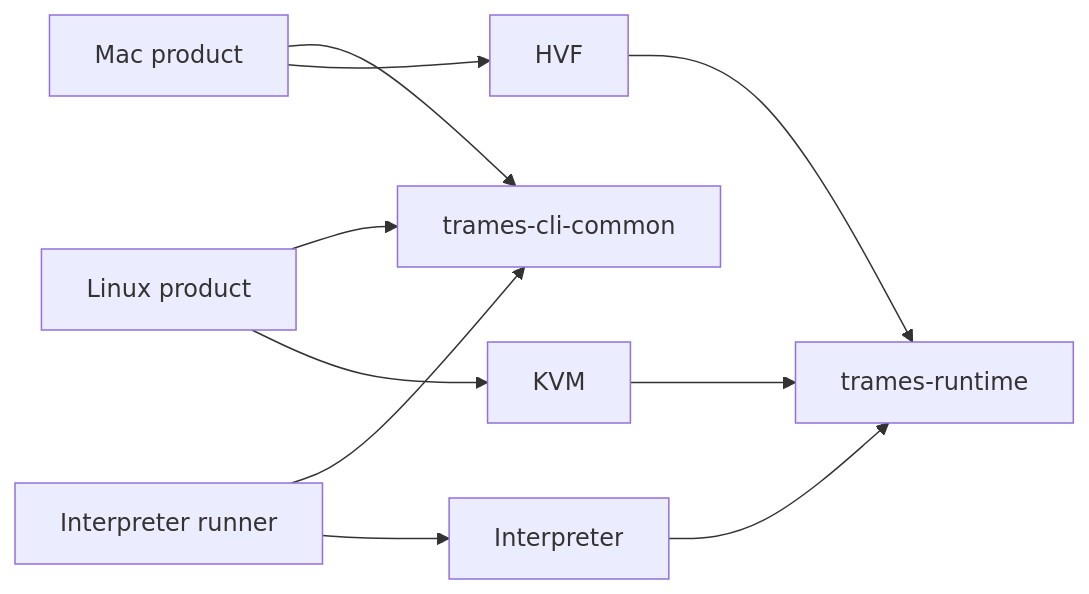
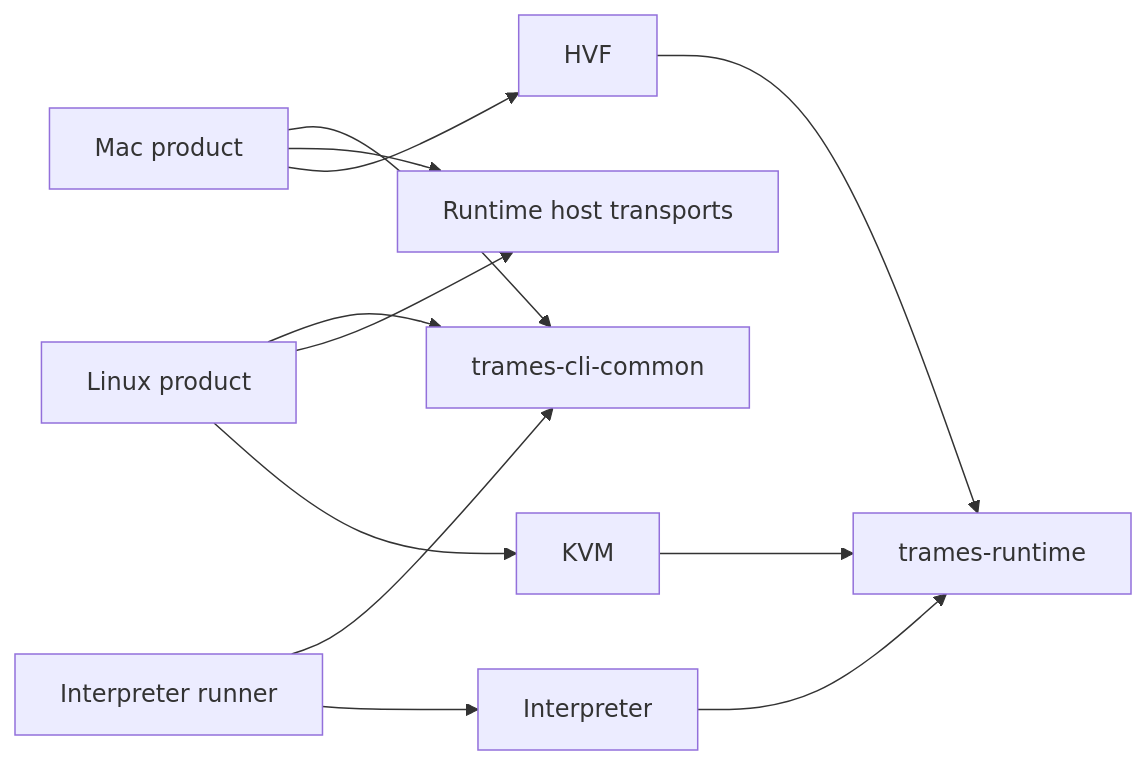
The diagram in docs/architecture/host-cli.md (kb5000/trames-linux), drawn with Mermaid before and after one commit. The commit also changed other lines of this file and 3 other files, not shown here.

````diff
--- a/docs/architecture/host-cli.md
+++ b/docs/architecture/host-cli.md
@@ -8,12 +8,14 @@
 ```mermaid
 flowchart LR
   Mac[Mac product] --> CLI[trames-cli-common]
   Linux[Linux product] --> CLI
   Runner[Interpreter runner] --> CLI
+  Mac --> Host[Runtime host transports]
+  Linux --> Host
   Mac --> HVF
   Linux --> KVM
   Runner --> Interpreter
   HVF --> Runtime[trames-runtime]
   KVM --> Runtime
   Interpreter --> Runtime
 ```
````
